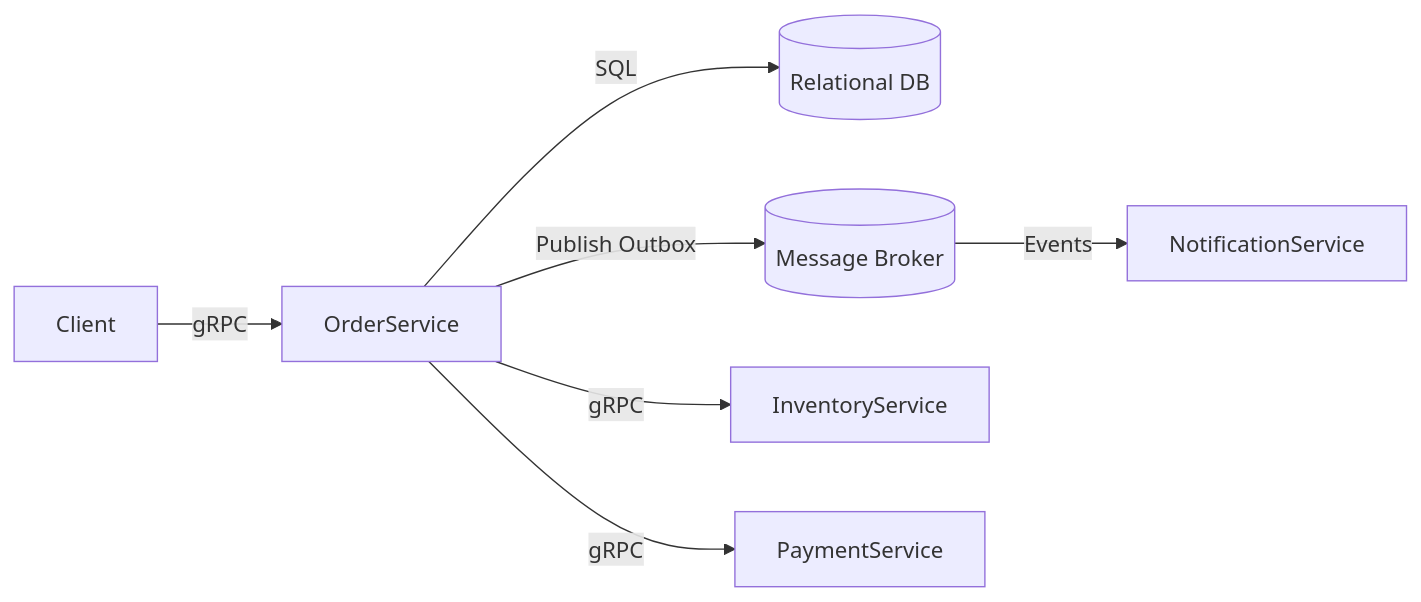
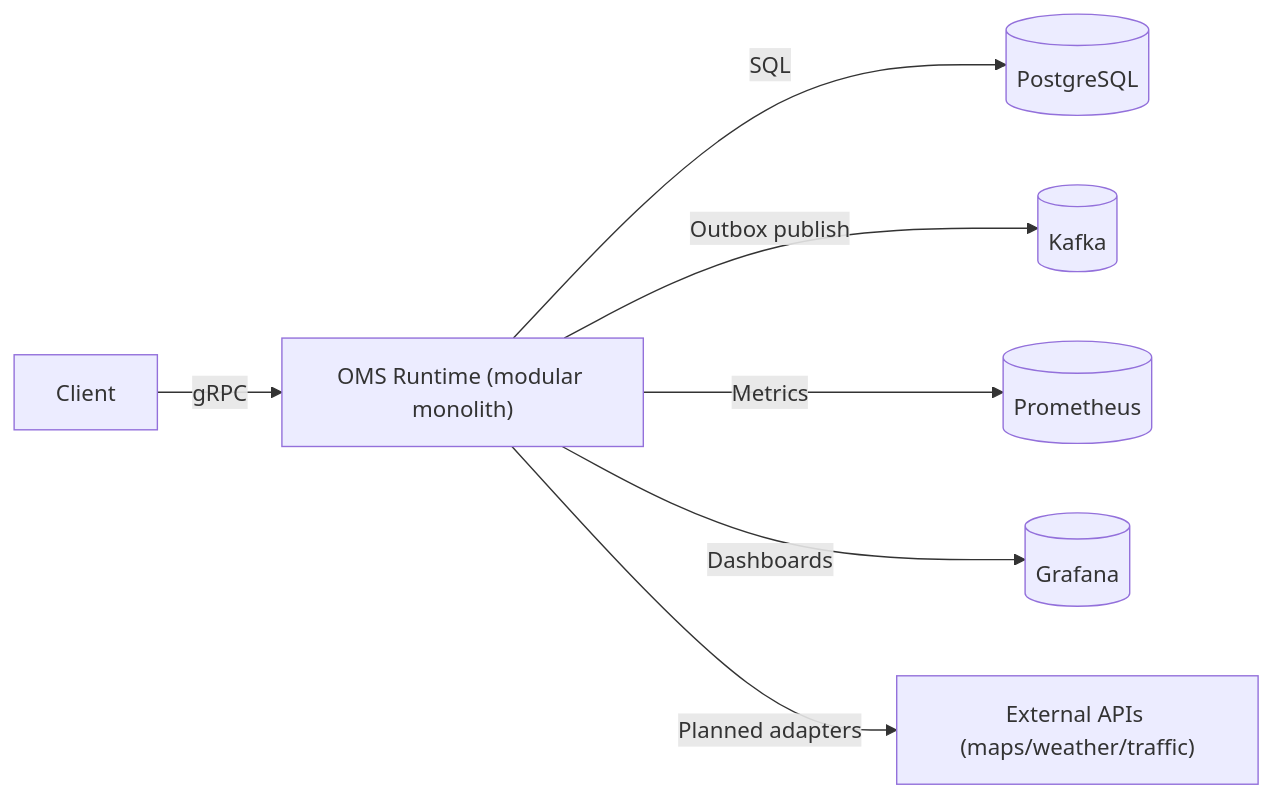
The diagram in docs/architecture/overview.md (VladislavDraga398/Expirians_Golang_Project), drawn with Mermaid before and after one commit. The commit also changed other lines of this file and 25 other files, not shown here.

````diff
--- a/docs/architecture/overview.md
+++ b/docs/architecture/overview.md
@@ -33,9 +35,9 @@
 ```mermaid
 flowchart LR
-  Client -->|gRPC| OrderService
-  OrderService -->|SQL| DB[(Relational DB)]
-  OrderService -->|Publish Outbox| Broker[(Message Broker)]
-  OrderService -->|gRPC| InventoryService
-  OrderService -->|gRPC| PaymentService
-  Broker -->|Events| NotificationService
+  Client -->|gRPC| OMS["OMS Runtime (modular monolith)"]
+  OMS -->|SQL| DB[(PostgreSQL)]
+  OMS -->|Outbox publish| Kafka[(Kafka)]
+  OMS -->|Metrics| Prom[(Prometheus)]
+  OMS -->|Dashboards| Grafana[(Grafana)]
+  OMS -->|Planned adapters| Ext["External APIs (maps/weather/traffic)"]
 ```
````
